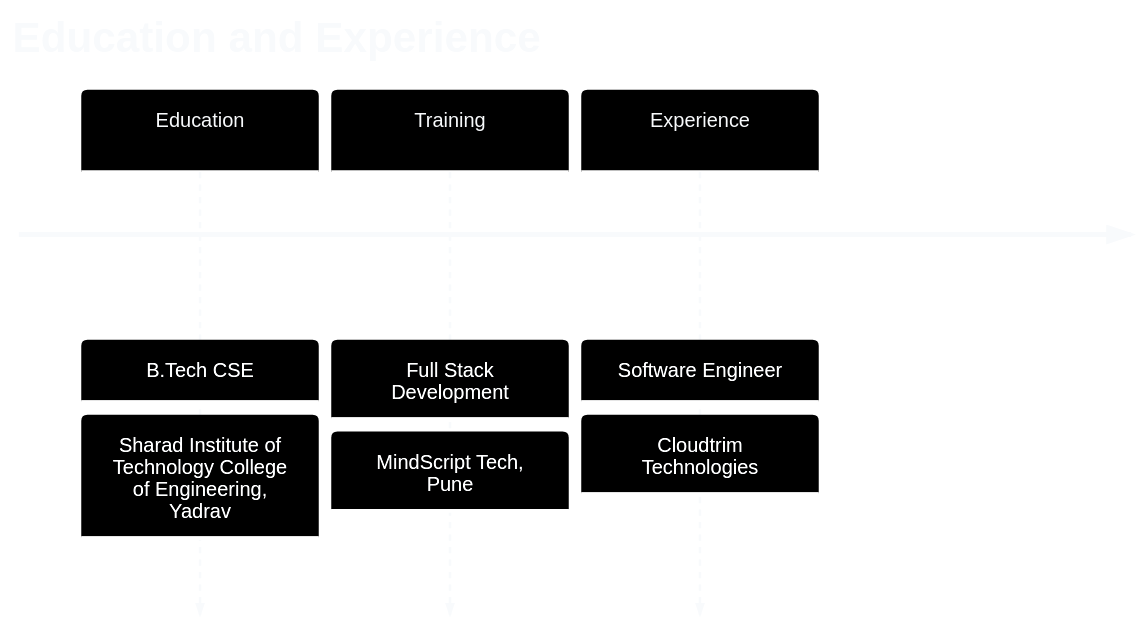
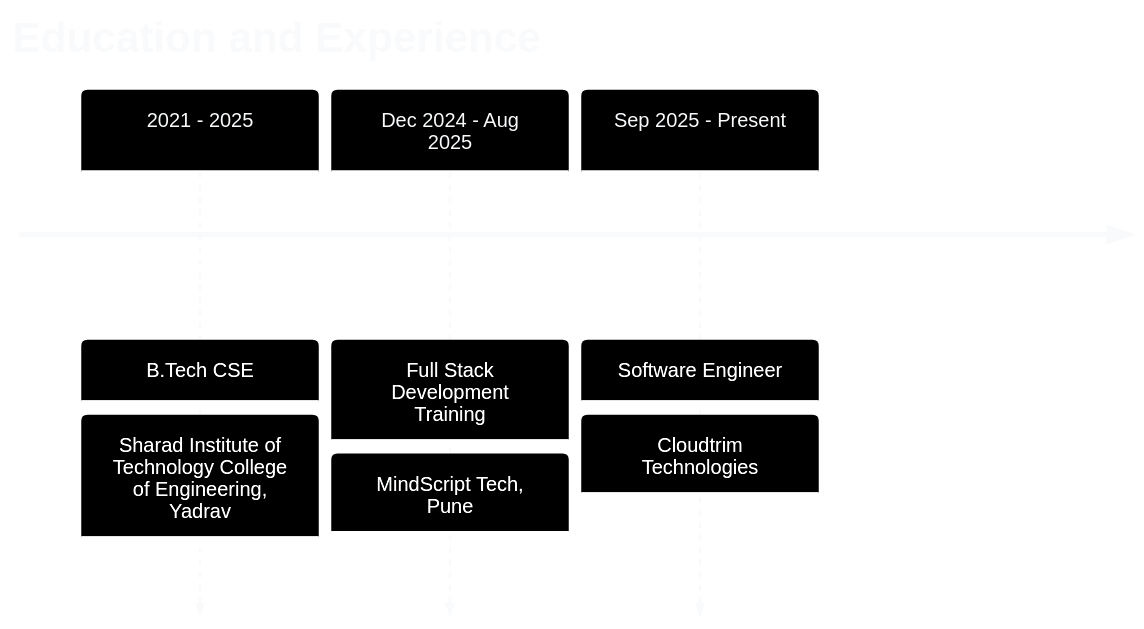
One commit to ShivamPisal/ShivamPisal changed the diagram in README.md. Above: the diagram before and after it, drawn with Mermaid. The commit also changed other lines of this file, not shown here.

Commit message:
Add AI development tools to tech stack

````diff
--- a/README.md
+++ b/README.md
@@ -160,8 +164,8 @@
 ```mermaid
 %%{init: {"theme": "base", "themeVariables": {"background": "#070A1A", "primaryColor": "#11143A", "primaryTextColor": "#F8FAFC", "primaryBorderColor": "#38BDF8", "lineColor": "#818CF8", "secondaryColor": "#172554", "tertiaryColor": "#2A1238", "fontFamily": "Segoe UI"}}}%%
 timeline
   title Education and Experience
-  Education : B.Tech CSE : Sharad Institute of Technology College of Engineering, Yadrav
-  Training : Full Stack Development : MindScript Tech, Pune
-  Experience : Software Engineer : Cloudtrim Technologies
+  2021 - 2025 : B.Tech CSE : Sharad Institute of Technology College of Engineering, Yadrav
+  Dec 2024 - Aug 2025 : Full Stack Development Training : MindScript Tech, Pune
+  Sep 2025 - Present : Software Engineer : Cloudtrim Technologies
 ```
````
